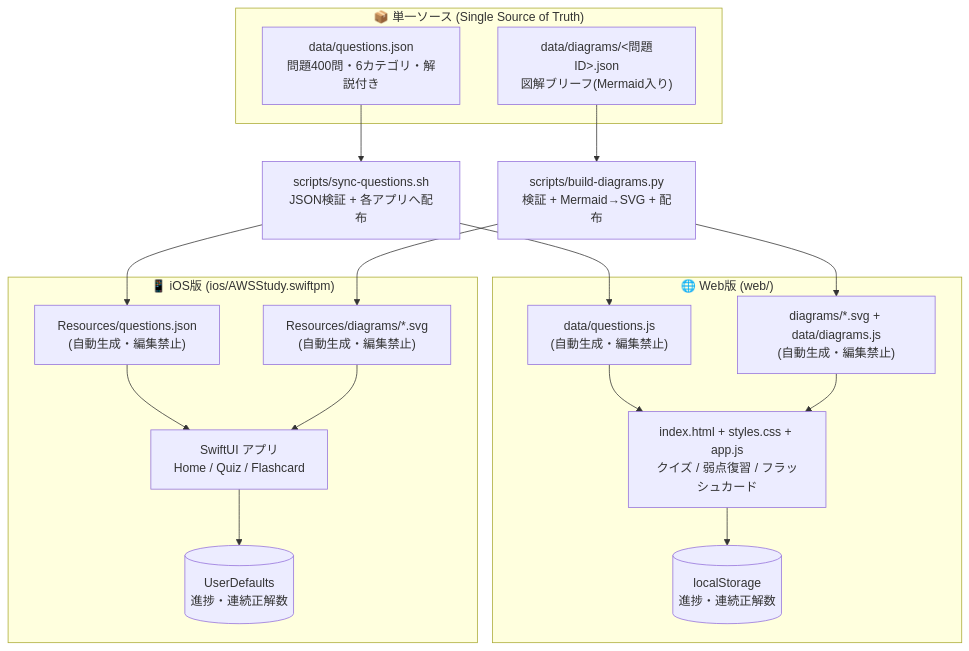
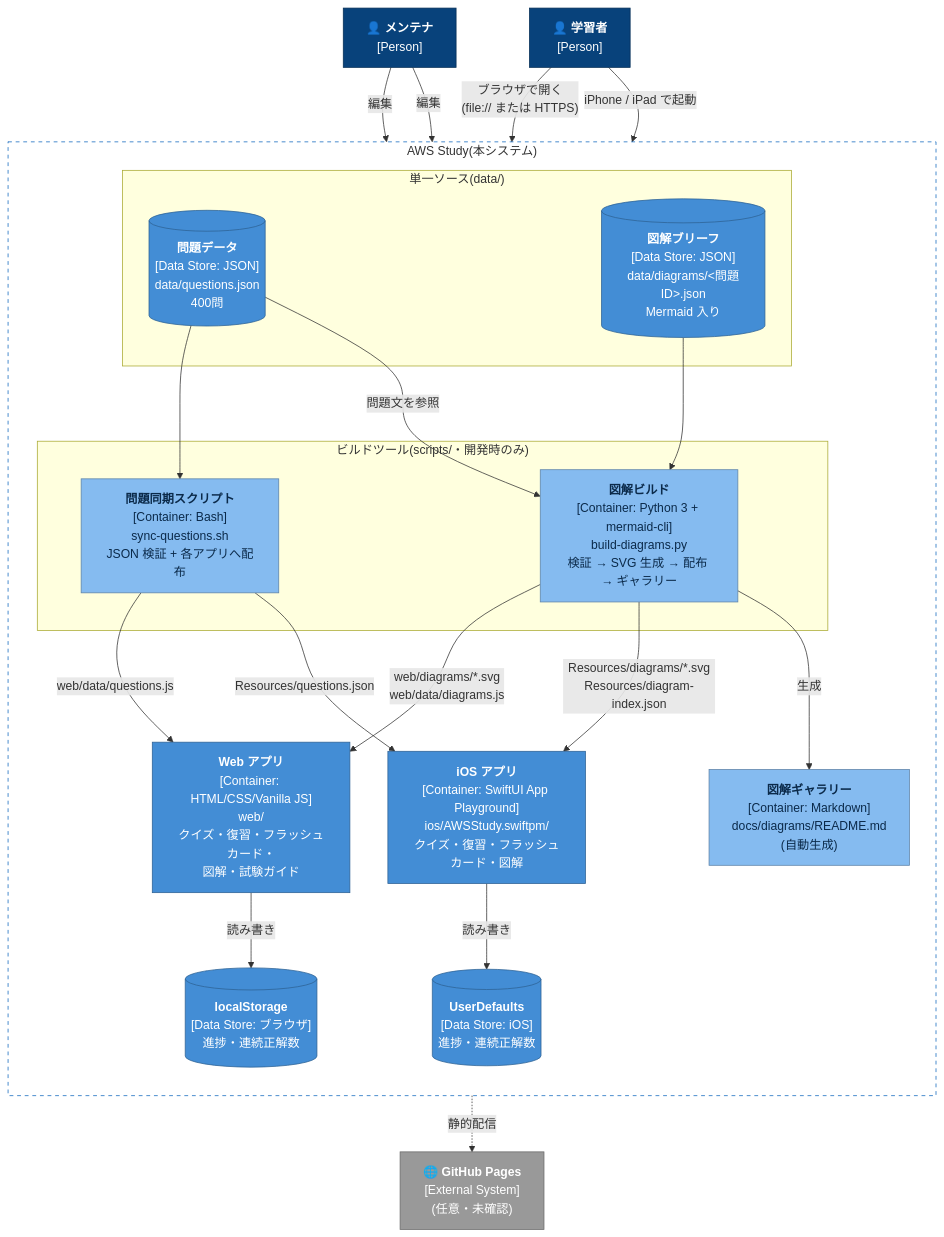
The second of 7 diagrams in docs/architecture.md (AmonOhno/awsprint2), drawn with Mermaid before and after one commit. The commit also changed other lines of this file and 1 other file, not shown here.

First line of the commit message:
docs: C4モデルによるアーキテクチャ図を追加

````diff
--- a/docs/architecture.md
+++ b/docs/architecture.md
@@ -10,35 +80,56 @@
 ```mermaid
 flowchart TB
-    subgraph SOT["📦 単一ソース (Single Source of Truth)"]
-        Q["data/questions.json<br/>問題400問・6カテゴリ・解説付き"]
-        D["data/diagrams/&lt;問題ID&gt;.json<br/>図解ブリーフ(Mermaid入り)"]
+    learner["👤 <b>学習者</b><br/>[Person]"]
+    maintainer["👤 <b>メンテナ</b><br/>[Person]"]
+
+    subgraph boundary["AWS Study(本システム)"]
+        direction TB
+
+        subgraph sot["単一ソース(data/)"]
+            qjson[("<b>問題データ</b><br/>[Data Store: JSON]<br/>data/questions.json<br/>400問")]
+            briefs[("<b>図解ブリーフ</b><br/>[Data Store: JSON]<br/>data/diagrams/&lt;問題ID&gt;.json<br/>Mermaid 入り")]
+        end
+
+        subgraph build["ビルドツール(scripts/・開発時のみ)"]
+            sync["<b>問題同期スクリプト</b><br/>[Container: Bash]<br/>sync-questions.sh<br/>JSON 検証 + 各アプリへ配布"]
+            dbuild["<b>図解ビルド</b><br/>[Container: Python 3 + mermaid-cli]<br/>build-diagrams.py<br/>検証 → SVG 生成 → 配布 → ギャラリー"]
+        end
+
+        web["<b>Web アプリ</b><br/>[Container: HTML/CSS/Vanilla JS]<br/>web/<br/>クイズ・復習・フラッシュカード・<br/>図解・試験ガイド"]
+        ios["<b>iOS アプリ</b><br/>[Container: SwiftUI App Playground]<br/>ios/AWSStudy.swiftpm/<br/>クイズ・復習・フラッシュカード・図解"]
+
+        ls[("<b>localStorage</b><br/>[Data Store: ブラウザ]<br/>進捗・連続正解数")]
+        ud[("<b>UserDefaults</b><br/>[Data Store: iOS]<br/>進捗・連続正解数")]
+        gallery["<b>図解ギャラリー</b><br/>[Container: Markdown]<br/>docs/diagrams/README.md<br/>(自動生成)"]
     end
 
-    SYNC["scripts/sync-questions.sh<br/>JSON検証 + 各アプリへ配布"]
-    BUILD["scripts/build-diagrams.py<br/>検証 + Mermaid→SVG + 配布"]
+    pages["🌐 <b>GitHub Pages</b><br/>[External System]<br/>(任意・未確認)"]
 
-    subgraph WEB["🌐 Web版 (web/)"]
-        QJS["data/questions.js<br/>(自動生成・編集禁止)"]
-        SVGW["diagrams/*.svg + data/diagrams.js<br/>(自動生成・編集禁止)"]
-        HTML["index.html + styles.css + app.js<br/>クイズ / 弱点復習 / フラッシュカード"]
-        LS[("localStorage<br/>進捗・連続正解数")]
-        QJS --> HTML --> LS
-        SVGW --> HTML
-    end
+    maintainer -- "編集" --> qjson
+    maintainer -- "編集" --> briefs
+    qjson --> sync
+    briefs --> dbuild
+    qjson -- "問題文を参照" --> dbuild
+    sync -- "web/data/questions.js" --> web
+    sync -- "Resources/questions.json" --> ios
+    dbuild -- "web/diagrams/*.svg<br/>web/data/diagrams.js" --> web
+    dbuild -- "Resources/diagrams/*.svg<br/>Resources/diagram-index.json" --> ios
+    dbuild -- "生成" --> gallery
+    learner -- "ブラウザで開く<br/>(file:// または HTTPS)" --> web
+    learner -- "iPhone / iPad で起動" --> ios
+    web -- "読み書き" --> ls
+    ios -- "読み書き" --> ud
+    web -. "静的配信" .-> pages
 
-    subgraph IOS["📱 iOS版 (ios/AWSStudy.swiftpm)"]
-        QJSON["Resources/questions.json<br/>(自動生成・編集禁止)"]
-        SVGI["Resources/diagrams/*.svg<br/>(自動生成・編集禁止)"]
-        SWIFT["SwiftUI アプリ<br/>Home / Quiz / Flashcard"]
-        UD[("UserDefaults<br/>進捗・連続正解数")]
-        QJSON --> SWIFT --> UD
-        SVGI --> SWIFT
-    end
-
-    Q --> SYNC
-    SYNC --> QJS
-    SYNC --> QJSON
-    D --> BUILD
-    BUILD --> SVGW
-    BUILD --> SVGI
+    classDef person fill:#08427b,stroke:#052e56,color:#ffffff
+    classDef container fill:#438dd5,stroke:#2e6295,color:#ffffff
+    classDef store fill:#438dd5,stroke:#2e6295,color:#ffffff
+    classDef tool fill:#85bbf0,stroke:#5d82a8,color:#0b2a4a
+    classDef ext fill:#999999,stroke:#6b6b6b,color:#ffffff
+    class learner,maintainer person
+    class web,ios container
+    class qjson,briefs,ls,ud store
+    class sync,dbuild,gallery tool
+    class pages ext
+    style boundary fill:none,stroke:#1168bd,stroke-dasharray:5 5
 ```
````
